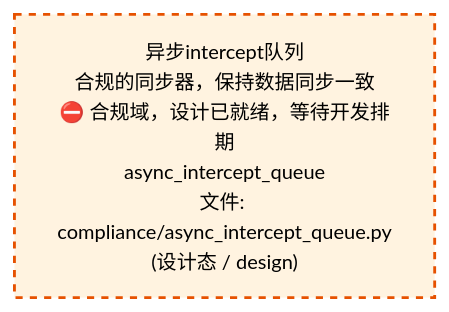
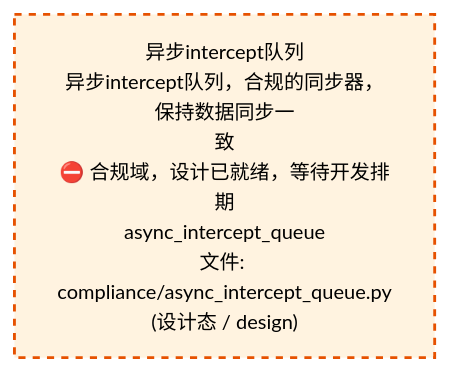
One commit to xuanFelixVan/ZephyrAlpha changed the third of 4 diagrams in docs/02_enterprise_architecture/02_domain_architecture_docs/38_d_compliance.md. Above: the diagram before and after it, drawn with Mermaid. The commit also changed other lines of this file and 63 other files, not shown here.

````diff
--- a/docs/02_enterprise_architecture/02_domain_architecture_docs/38_d_compliance.md
+++ b/docs/02_enterprise_architecture/02_domain_architecture_docs/38_d_compliance.md
@@ -109,10 +108,10 @@
 ```mermaid
 %%{init: {'theme': 'base', 'themeVariables': {'primaryColor': '#eaeaea', 'primaryTextColor': '#333333', 'primaryBorderColor': '#666666', 'lineColor': '#666666', 'secondaryColor': '#eaeaea', 'tertiaryColor': '#eaeaea', 'fontSize': '14px'}}}%%
 flowchart TD
-    src_zephyr_compliance_async_intercept_queue_py["异步intercept队列<br/>合规的同步器，保持数据同步一致<br/>⛔ 合规域，设计已就绪，等待开发排期<br/>async_intercept_queue<br/>文件: compliance/async_intercept_queue.py<br/>(设计态 / design)"]
+    src_zephyr_compliance_async_intercept_queue_py["异步intercept队列<br/>异步intercept队列，合规的同步器，保持数据同步一<br/>致<br/>⛔ 合规域，设计已就绪，等待开发排期<br/>async_intercept_queue<br/>文件: compliance/async_intercept_queue.py<br/>(设计态 / design)"]
     classDef production fill:#e1f5fe,stroke:#01579b,stroke-width:2px,color:#000
     classDef design fill:#fff3e0,stroke:#e65100,stroke-width:2px,color:#000,stroke-dasharray: 5 5
     classDef external_prod fill:#e8f4fd,stroke:#0277bd,stroke-width:1px,color:#000
     classDef external_design fill:#fff8e7,stroke:#ef6c00,stroke-width:1px,color:#000,stroke-dasharray: 5 5
     class src_zephyr_compliance_async_intercept_queue_py design
 ```
````
